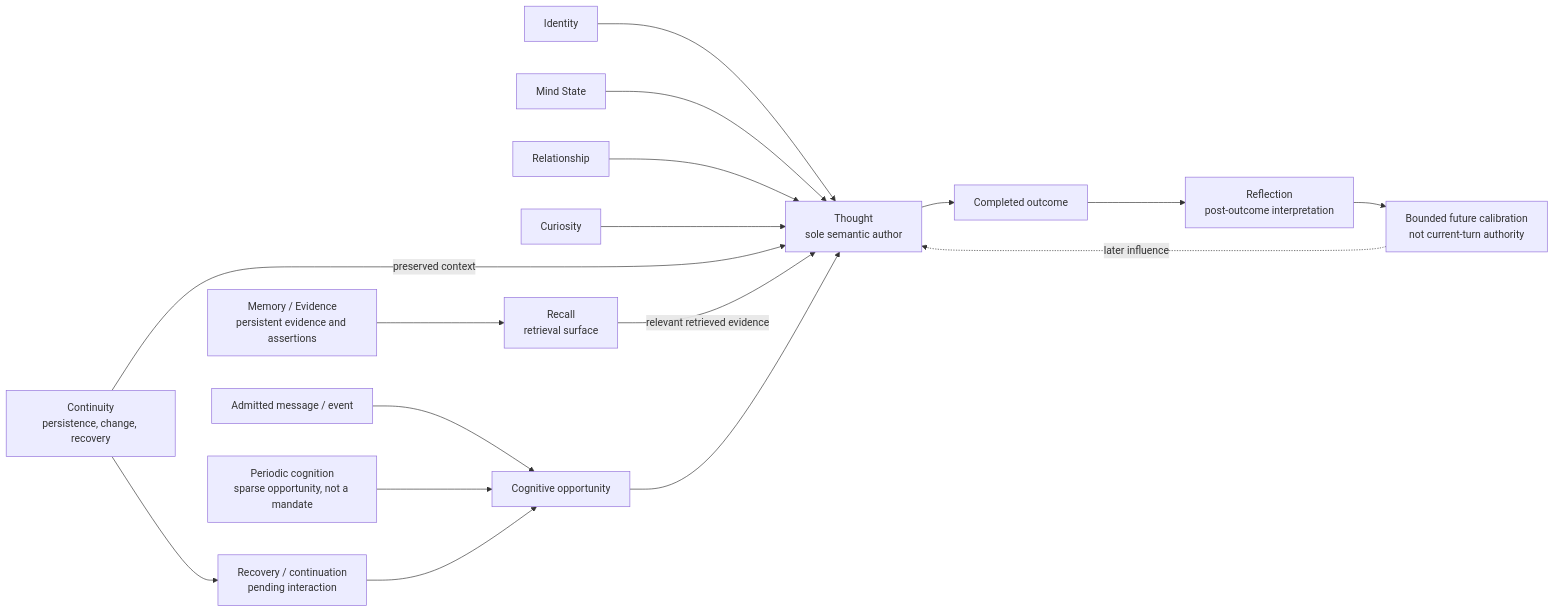
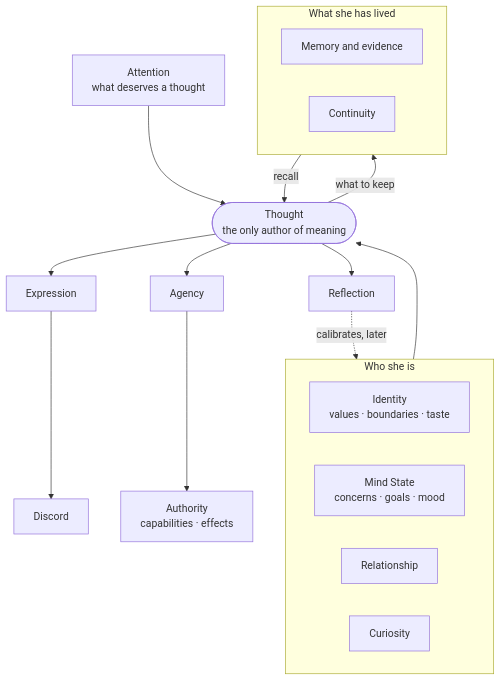
Before and after one commit to XharvaK/Ashley: the first of 6 diagrams in README.md, drawn with Mermaid. The commit also changed other lines of this file, not shown here.

Commit message:
README: Ashley as a digital being, with the architecture in six diagrams

````diff
--- a/README.md
+++ b/README.md
@@ -72,21 +27,26 @@
 ```mermaid
-flowchart LR
-    M[Admitted message / event] --> O[Cognitive opportunity]
-    P[Periodic cognition<br/>sparse opportunity, not a mandate] --> O
-    C[Continuity<br/>persistence, change, recovery] --> R[Recovery / continuation<br/>pending interaction]
-    R --> O
+flowchart TB
+    subgraph SELF["Who she is"]
+        direction LR
+        I["Identity<br/>values · boundaries · taste"]
+        S["Mind State<br/>concerns · goals · mood"]
+        RL["Relationship"]
+        CU["Curiosity"]
+    end
+    subgraph PAST["What she has lived"]
+        direction LR
+        ME["Memory and evidence"]
+        CO["Continuity"]
+    end
+    AT["Attention<br/>what deserves a thought"]
 
-    I[Identity] --> T[Thought<br/>sole semantic author]
-    S[Mind State] --> T
-    L[Relationship] --> T
-    Q[Curiosity] --> T
-    C -->|preserved context| T
-    E[Memory / Evidence<br/>persistent evidence and assertions] --> X[Recall<br/>retrieval surface]
-    X -->|relevant retrieved evidence| T
-    O --> T
+    SELF --> T(["Thought<br/>the only author of meaning"])
+    PAST -->|recall| T
+    AT --> T
 
-    T --> U[Completed outcome]
-    U --> F[Reflection<br/>post-outcome interpretation]
-    F --> K[Bounded future calibration<br/>not current-turn authority]
-    K -.->|later influence| T
+    T --> EX["Expression"] --> DS["Discord"]
+    T --> AG["Agency"] --> AU["Authority<br/>capabilities · effects"]
+    T -->|"what to keep"| ME
+    T --> RF["Reflection"]
+    RF -.->|"calibrates, later"| SELF
 ```
````
